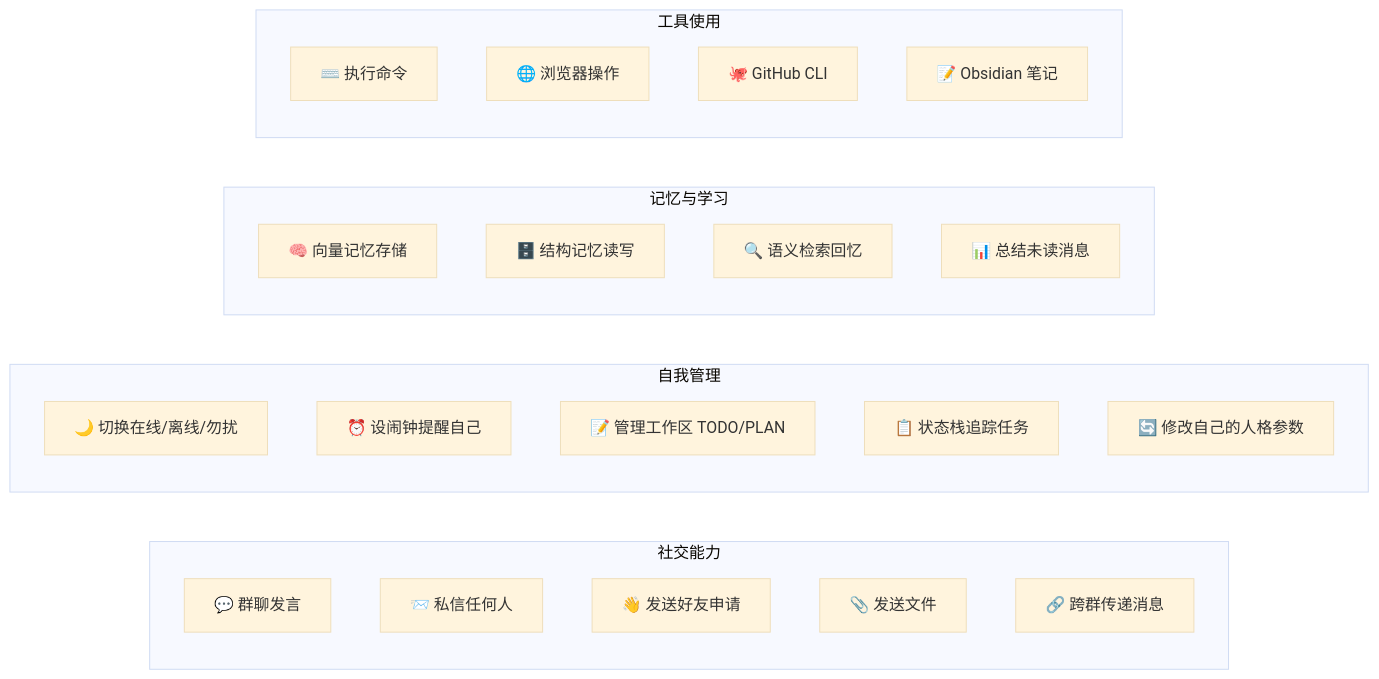
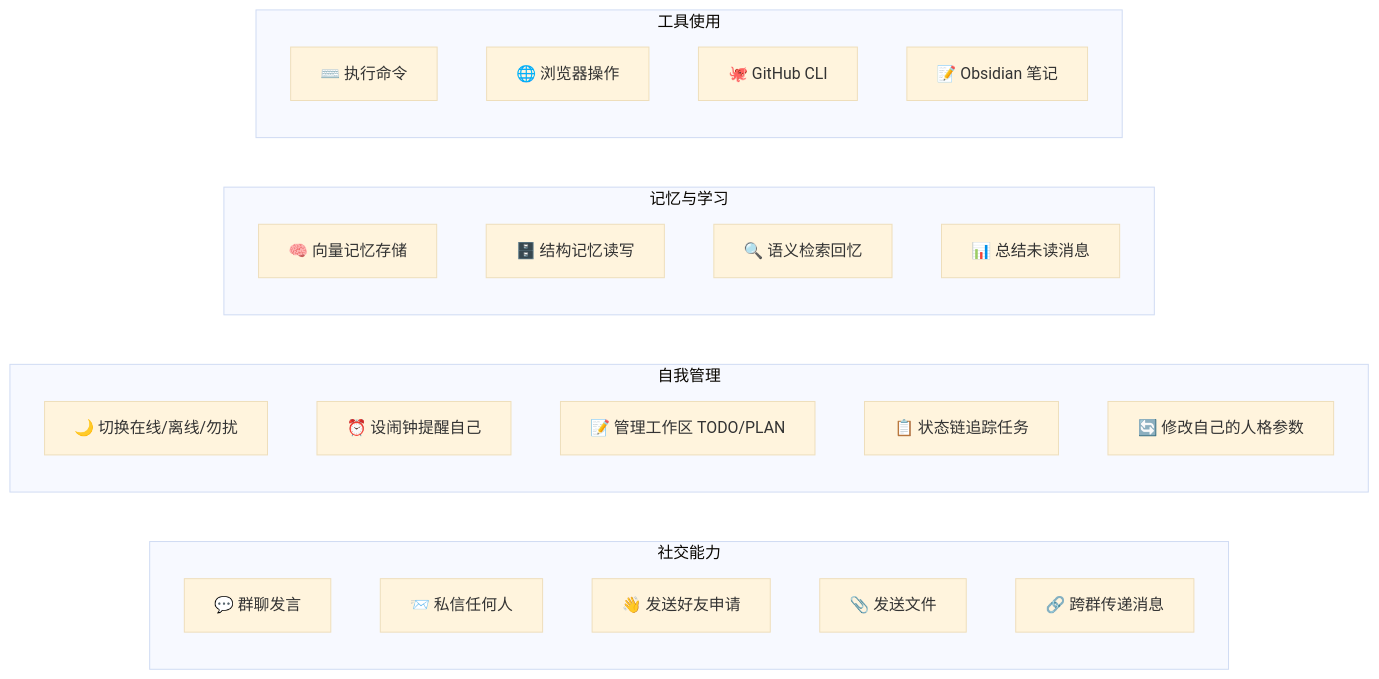
The eighth of 10 diagrams in docs/reference/项目全景报告.md (Coprexist/Copree), drawn with Mermaid (base theme) before and after one commit. The commit also changed other lines of this file and 62 other files, not shown here.

````diff
--- a/docs/reference/项目全景报告.md
+++ b/docs/reference/项目全景报告.md
@@ -960,29 +960,29 @@
 ```mermaid
 flowchart LR
     subgraph 社交能力
         A1[💬 群聊发言]
         A2[📨 私信任何人]
         A3[👋 发送好友申请]
         A4[📎 发送文件]
         A5[🔗 跨群传递消息]
     end
     subgraph 自我管理
         B1[🌙 切换在线/离线/勿扰]
         B2[⏰ 设闹钟提醒自己]
         B3[📝 管理工作区 TODO/PLAN]
-        B4[📋 状态栈追踪任务]
+        B4[📋 状态链追踪任务]
         B5[🔄 修改自己的人格参数]
     end
     subgraph 记忆与学习
         C1[🧠 向量记忆存储]
         C2[🗄️ 结构记忆读写]
         C3[🔍 语义检索回忆]
         C4[📊 总结未读消息]
     end
     subgraph 工具使用
         D1[⌨️ 执行命令]
         D2[🌐 浏览器操作]
         D3[🐙 GitHub CLI]
         D4[📝 Obsidian 笔记]
     end
 ```
````
